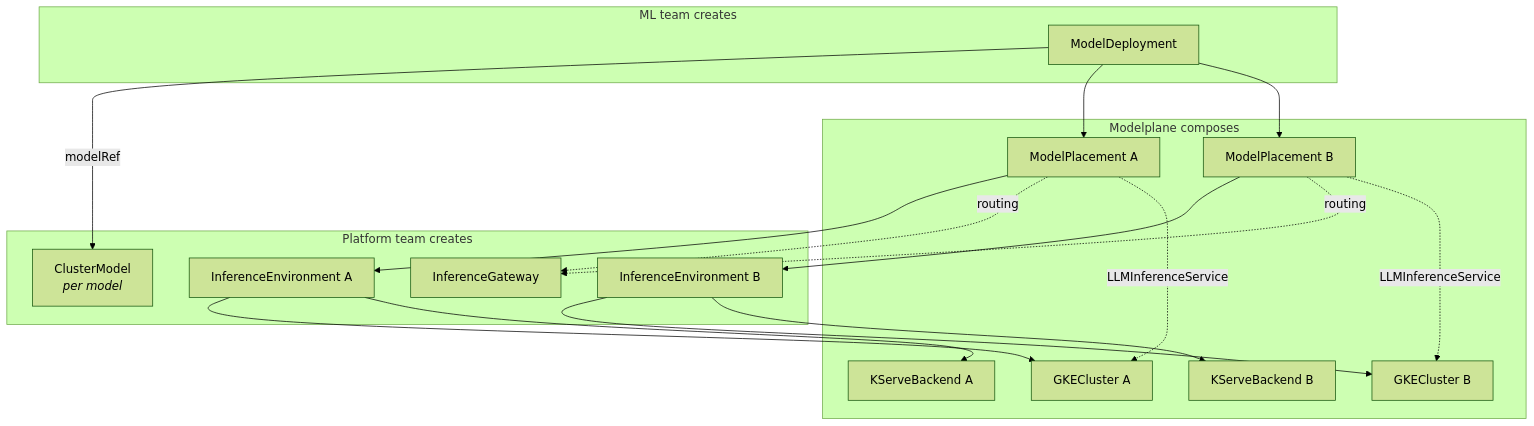
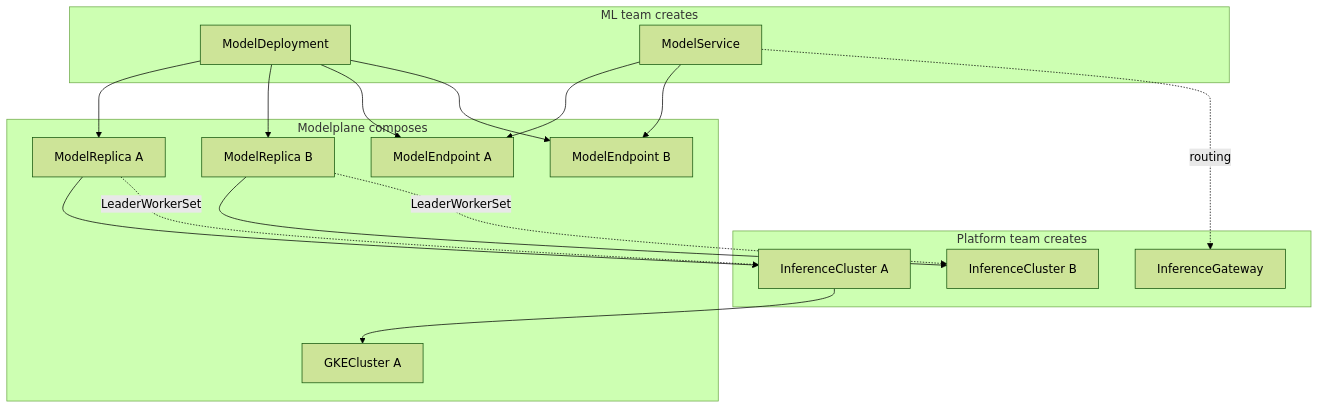
Before and after one commit to tr0njavolta/modelplane-fork: the diagram in design/design.md, drawn with Mermaid (forest theme). The commit also changed other lines of this file and 1 other file, not shown here.

````diff
--- a/design/design.md
+++ b/design/design.md
@@ -598,36 +560,34 @@
 ```mermaid
 flowchart TD
     subgraph platform["Platform team creates"]
         IG["InferenceGateway"]
-        CM["ClusterModel\n<i>per model</i>"]
-        IE1["InferenceEnvironment A"]
-        IE2["InferenceEnvironment B"]
+        IC1["InferenceCluster A"]
+        IC2["InferenceCluster B"]
     end
 
     subgraph ml["ML team creates"]
         MD["ModelDeployment"]
+        MS["ModelService"]
     end
 
     subgraph composed["Modelplane composes"]
-        MP1["ModelPlacement A"]
-        MP2["ModelPlacement B"]
+        MR1["ModelReplica A"]
+        MR2["ModelReplica B"]
+        ME1["ModelEndpoint A"]
+        ME2["ModelEndpoint B"]
         GKE1["GKECluster A"]
-        GKE2["GKECluster B"]
-        KS1["KServeBackend A"]
-        KS2["KServeBackend B"]
     end
 
-    MD -- "modelRef" --> CM
-    MD --> MP1
-    MD --> MP2
-    MP1 --> IE1
-    MP1 -. "routing" .-> IG
-    MP2 --> IE2
-    MP2 -. "routing" .-> IG
-    IE1 --> GKE1
-    IE1 --> KS1
-    IE2 --> GKE2
-    IE2 --> KS2
-    MP1 -. "LLMInferenceService" .-> GKE1
-    MP2 -. "LLMInferenceService" .-> GKE2
+    MD --> MR1
+    MD --> MR2
+    MD --> ME1
+    MD --> ME2
+    MR1 --> IC1
+    MR2 --> IC2
+    MS --> ME1
+    MS --> ME2
+    MS -. "routing" .-> IG
+    IC1 --> GKE1
+    MR1 -. "LeaderWorkerSet" .-> IC1
+    MR2 -. "LeaderWorkerSet" .-> IC2
 ```
````
